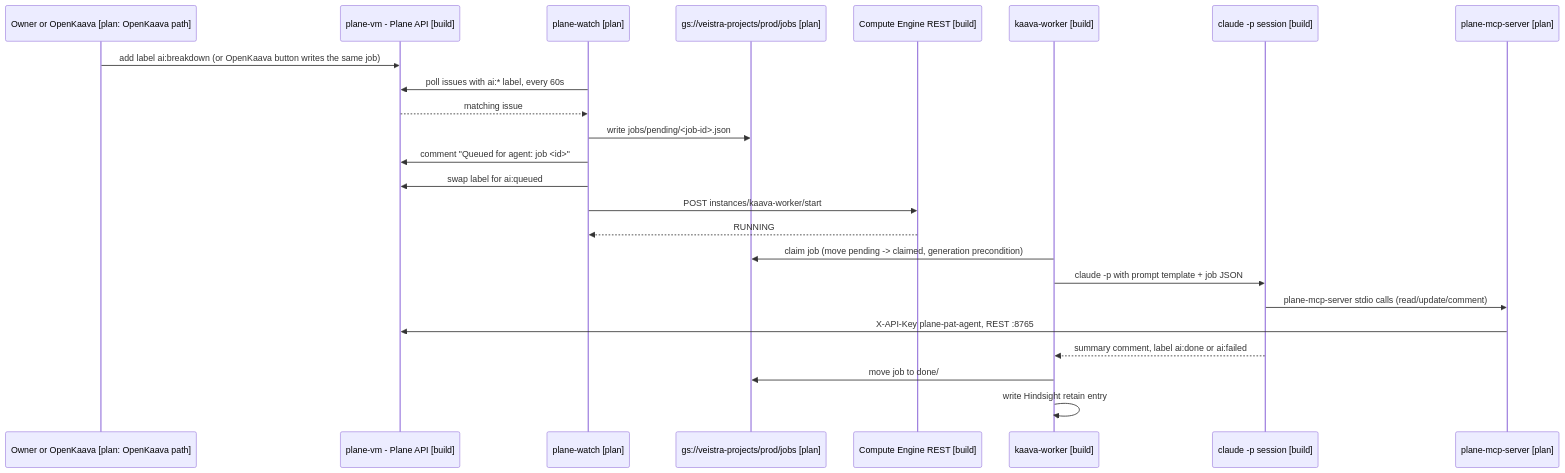
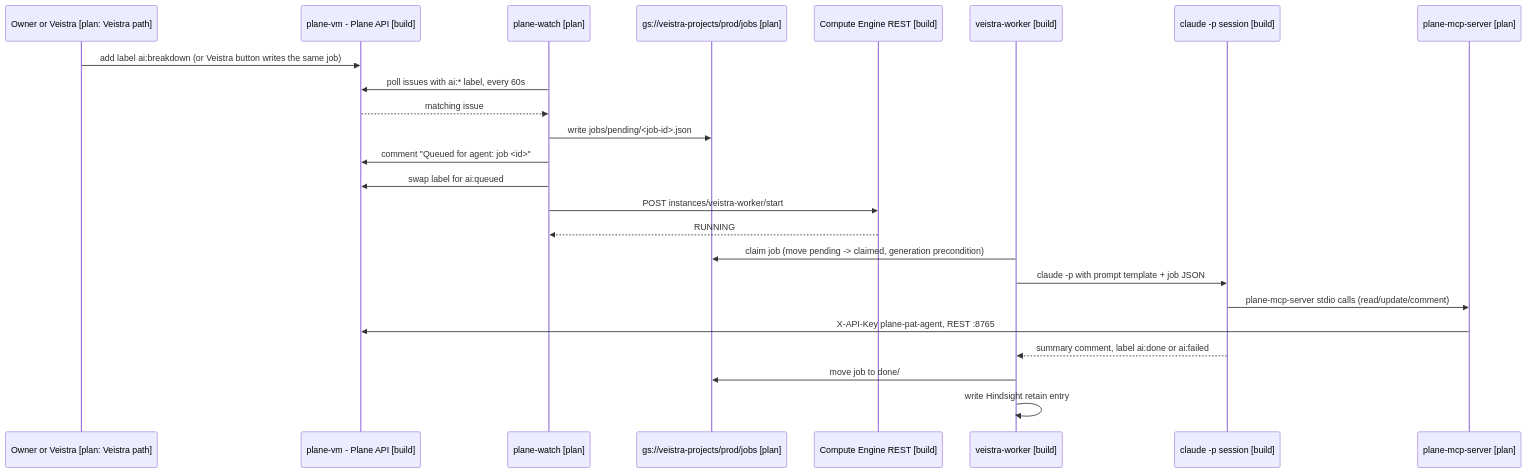
One commit to Firelight-Innovations/OpenKaava changed the third of 3 diagrams in docs/design/CLOUD-SYSTEM-DIAGRAM.md. Above: the diagram before and after it, drawn with Mermaid. The commit also changed other lines of this file and 10082 other files, not shown here.

````diff
--- a/docs/design/CLOUD-SYSTEM-DIAGRAM.md
+++ b/docs/design/CLOUD-SYSTEM-DIAGRAM.md
@@ -186,27 +186,27 @@
 ```mermaid
 sequenceDiagram
-    participant O as Owner or OpenKaava [plan: OpenKaava path]
+    participant O as Owner or Veistra [plan: Veistra path]
     participant Plane as plane-vm - Plane API [build]
     participant Watch as plane-watch [plan]
     participant Jobs as gs://veistra-projects/prod/jobs [plan]
     participant GCE as Compute Engine REST [build]
-    participant Worker as kaava-worker [build]
+    participant Worker as veistra-worker [build]
     participant Claude as claude -p session [build]
     participant MCP as plane-mcp-server [plan]
 
-    O->>Plane: add label ai:breakdown (or OpenKaava button writes the same job)
+    O->>Plane: add label ai:breakdown (or Veistra button writes the same job)
     Watch->>Plane: poll issues with ai:* label, every 60s
     Plane-->>Watch: matching issue
     Watch->>Jobs: write jobs/pending/<job-id>.json
     Watch->>Plane: comment "Queued for agent: job <id>"
     Watch->>Plane: swap label for ai:queued
-    Watch->>GCE: POST instances/kaava-worker/start
+    Watch->>GCE: POST instances/veistra-worker/start
     GCE-->>Watch: RUNNING
     Worker->>Jobs: claim job (move pending -> claimed, generation precondition)
     Worker->>Claude: claude -p with prompt template + job JSON
     Claude->>MCP: plane-mcp-server stdio calls (read/update/comment)
     MCP->>Plane: X-API-Key plane-pat-agent, REST :8765
     Claude-->>Worker: summary comment, label ai:done or ai:failed
     Worker->>Jobs: move job to done/
     Worker->>Worker: write Hindsight retain entry
 ```
````
